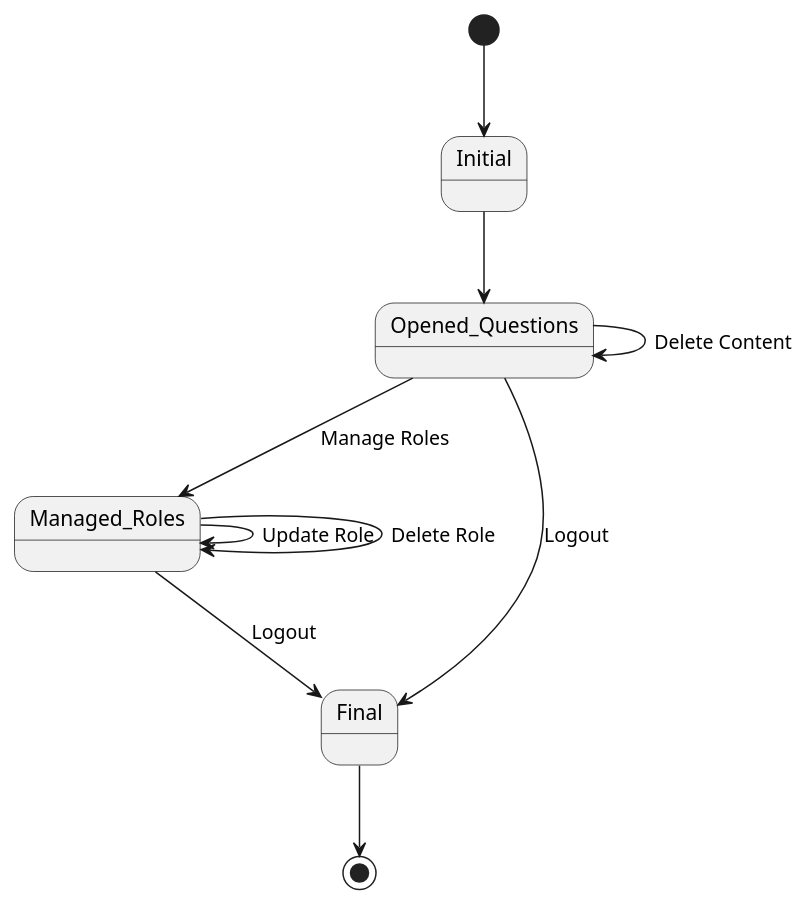
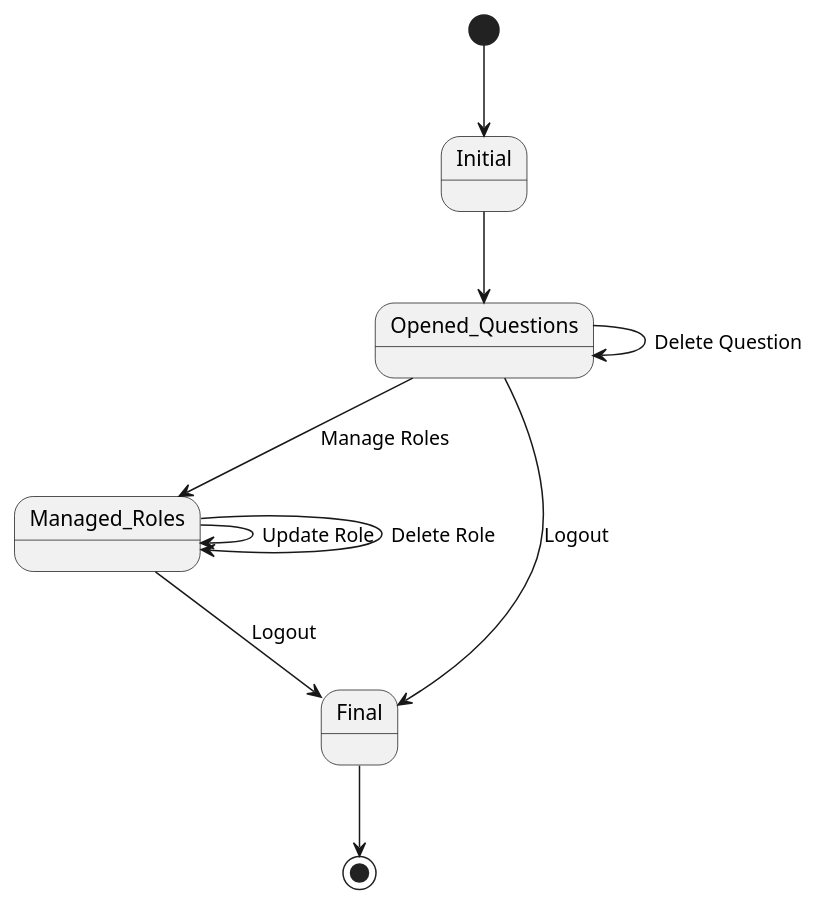
Before and after one commit to rafaelacirino/miw-backend-foro: the diagram in src/main/resources/templates/diagramaContextoAdmin.plantuml, drawn with PlantUML. The commit also changed 7 other files, not shown here.

Commit message:
cambios en diagramas

```diff
--- a/src/main/resources/templates/diagramaContextoAdmin.plantuml
+++ b/src/main/resources/templates/diagramaContextoAdmin.plantuml
@@ -1,18 +1,18 @@
 @startuml
 
 [*] --> Initial
 
 Initial --> Opened_Questions
 
 Opened_Questions --> Managed_Roles : Manage Roles
-Opened_Questions --> Opened_Questions : Delete Content
+Opened_Questions --> Opened_Questions : Delete Question
 'Opened_Questions --> Restored_Content : Restore Content
 Opened_Questions --> Final : Logout
 
 Managed_Roles --> Managed_Roles : Update Role
 Managed_Roles --> Managed_Roles : Delete Role
 Managed_Roles --> Final : Logout
 
 Final --> [*]
 
 @enduml
```
